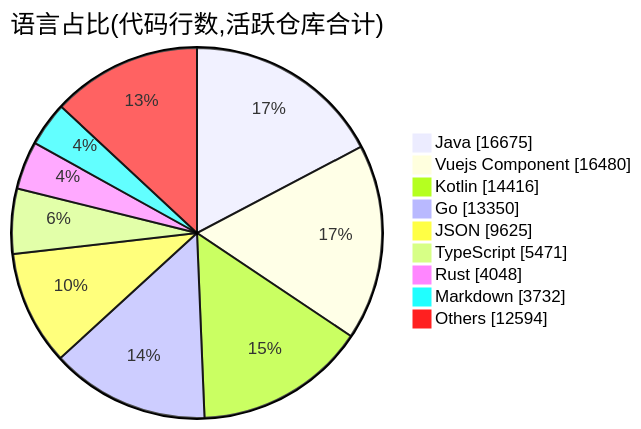
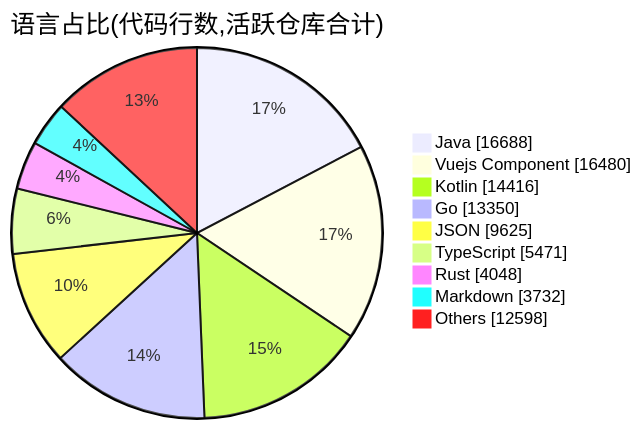
One commit to Conflux-Union/.github changed the second of 2 diagrams in profile/README.md. Above: the diagram before and after it, drawn with Mermaid. The commit also changed other lines of this file and 1 other file, not shown here.

````diff
--- a/profile/README.md
+++ b/profile/README.md
@@ -74,13 +74,13 @@
 ```mermaid
 pie showData
     title 语言占比(代码行数,活跃仓库合计)
-    "Java" : 16675
+    "Java" : 16688
     "Vuejs Component" : 16480
     "Kotlin" : 14416
     "Go" : 13350
     "JSON" : 9625
     "TypeScript" : 5471
     "Rust" : 4048
     "Markdown" : 3732
-    "Others" : 12594
+    "Others" : 12598
 ```
````
